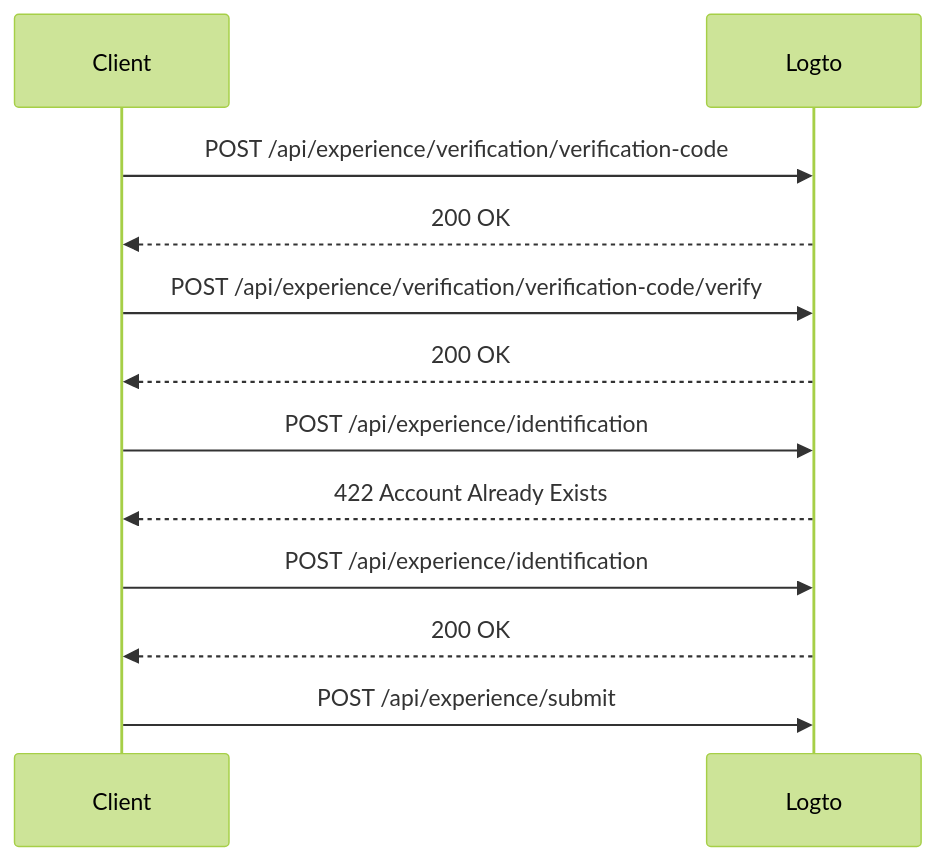
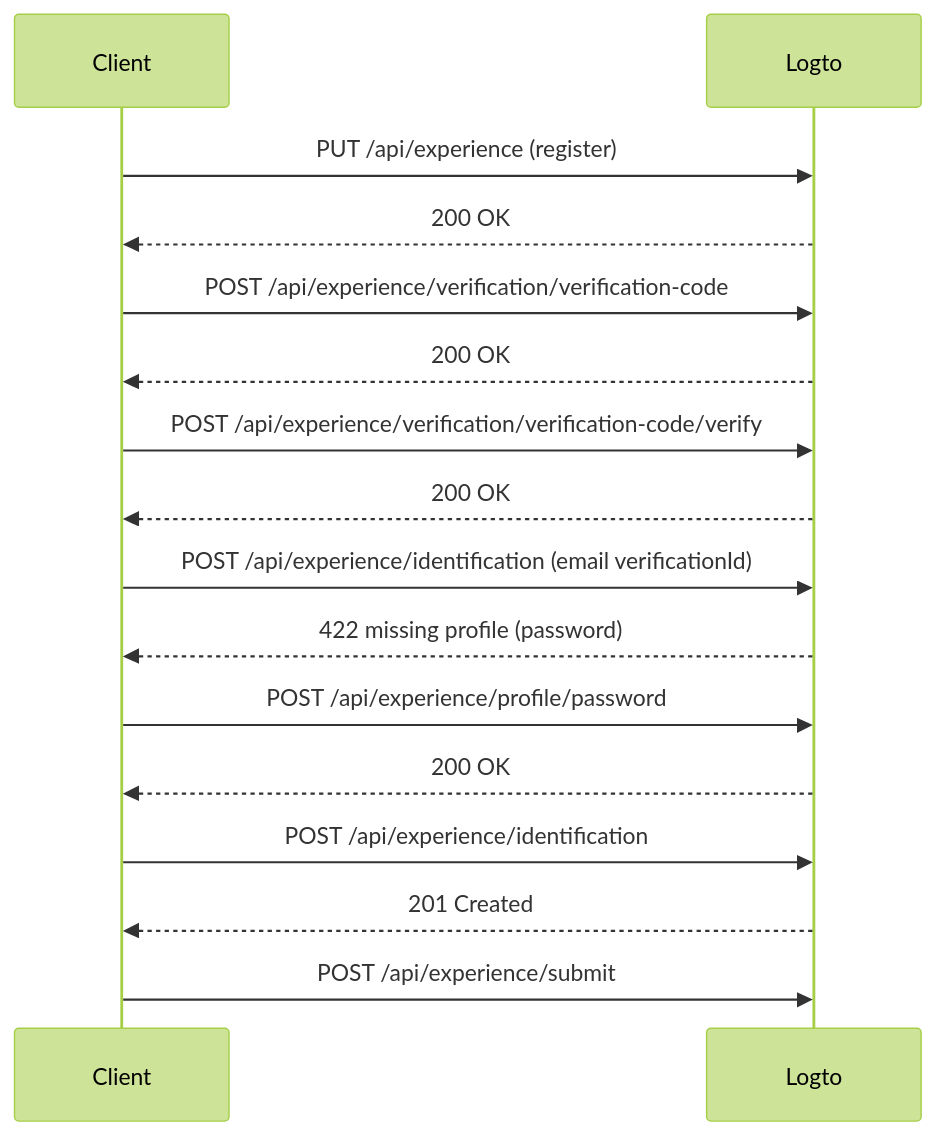
Before and after one commit to logto-io/rfcs: diagram 19 of 22 in draft/0004-experience-api.md, drawn with Mermaid (forest theme). The commit also changed other lines of this file, not shown here.

First line of the commit message:
refactor: update experience API rfc

````diff
--- a/draft/0004-experience-api.md
+++ b/draft/0004-experience-api.md
@@ -889,15 +965,19 @@
 ```mermaid
 sequenceDiagram
     participant C as Client
     participant L as Logto
 
+    C->>L: PUT /api/experience (register)
+    L-->>C: 200 OK
     C->>L: POST /api/experience/verification/verification-code
     L-->>C: 200 OK
     C->>L: POST /api/experience/verification/verification-code/verify
     L-->>C: 200 OK
+    C->>L: POST /api/experience/identification (email verificationId)
+    L-->>C: 422 missing profile (password)
+    C->>L: POST /api/experience/profile/password
+    L-->>C: 200 OK
     C->>L: POST /api/experience/identification
-    L-->>C: 422 Account Already Exists
-    C->>L: POST /api/experience/identification
-    L-->>C: 200 OK
+    L-->>C: 201 Created
     C->>L: POST /api/experience/submit
 ```
````
